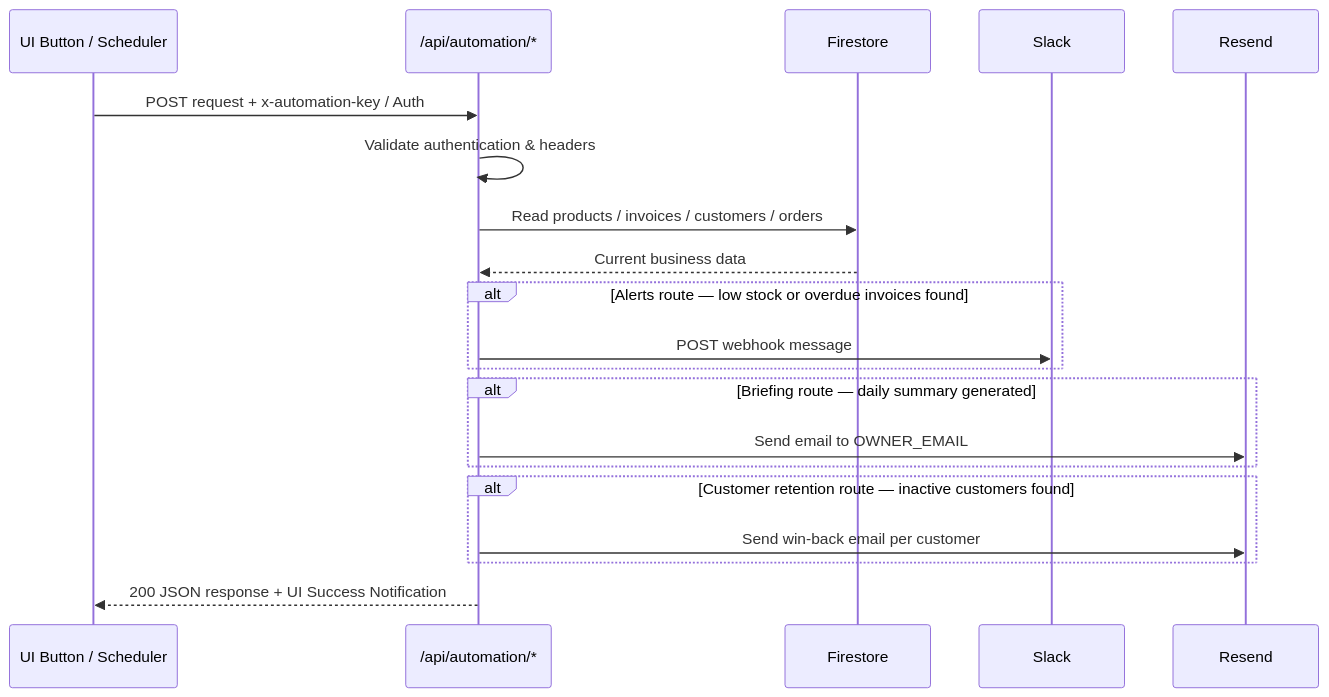
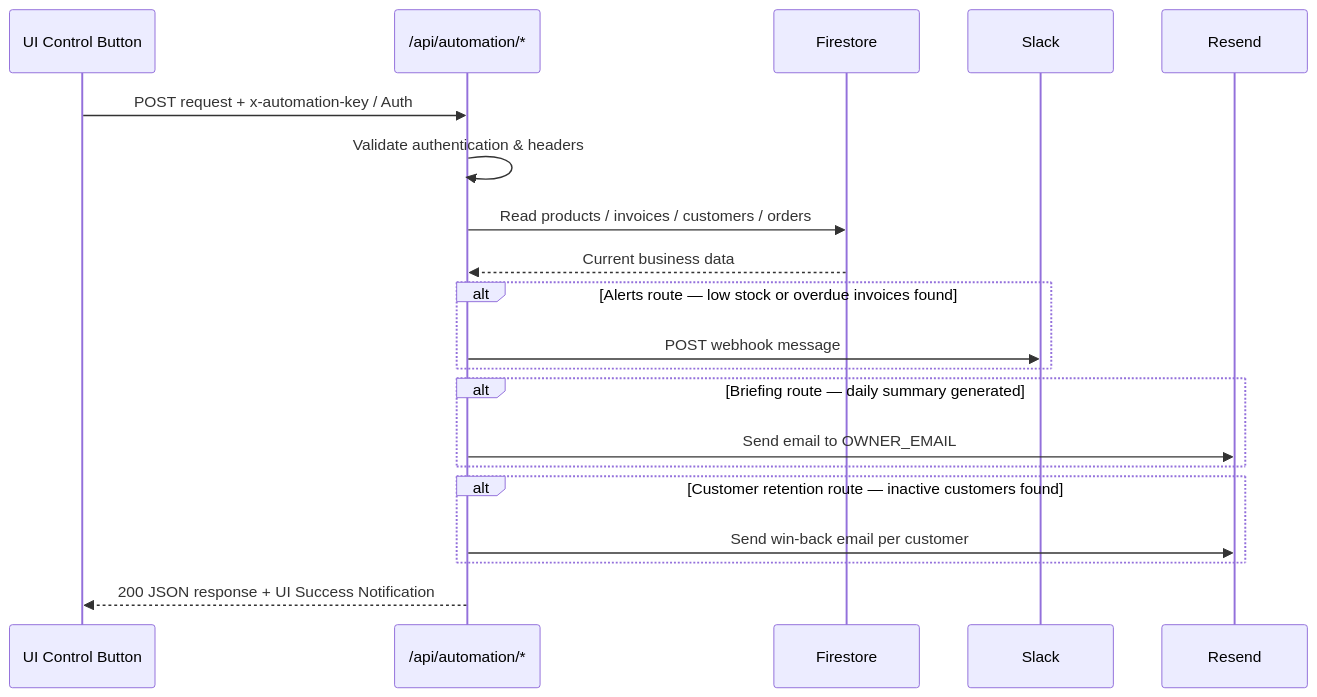
Before and after one commit to Manahil-Abid-dev/PULSEOPS-AI: the second of 2 diagrams in README.md, drawn with Mermaid. The commit also changed other lines of this file, not shown here.

````diff
--- a/README.md
+++ b/README.md
@@ -123,24 +123,24 @@
 ```mermaid
 sequenceDiagram
-    participant U as UI Button / Scheduler
+    participant U as UI Control Button
     participant A as /api/automation/*
     participant F as Firestore
     participant SL as Slack
     participant R as Resend
 
     U->>A: POST request + x-automation-key / Auth
     A->>A: Validate authentication & headers
     A->>F: Read products / invoices / customers / orders
     F-->>A: Current business data
     alt Alerts route — low stock or overdue invoices found
         A->>SL: POST webhook message
     end
     alt Briefing route — daily summary generated
         A->>R: Send email to OWNER_EMAIL
     end
     alt Customer retention route — inactive customers found
         A->>R: Send win-back email per customer
     end
     A-->>U: 200 JSON response + UI Success Notification
 
 ```
````
